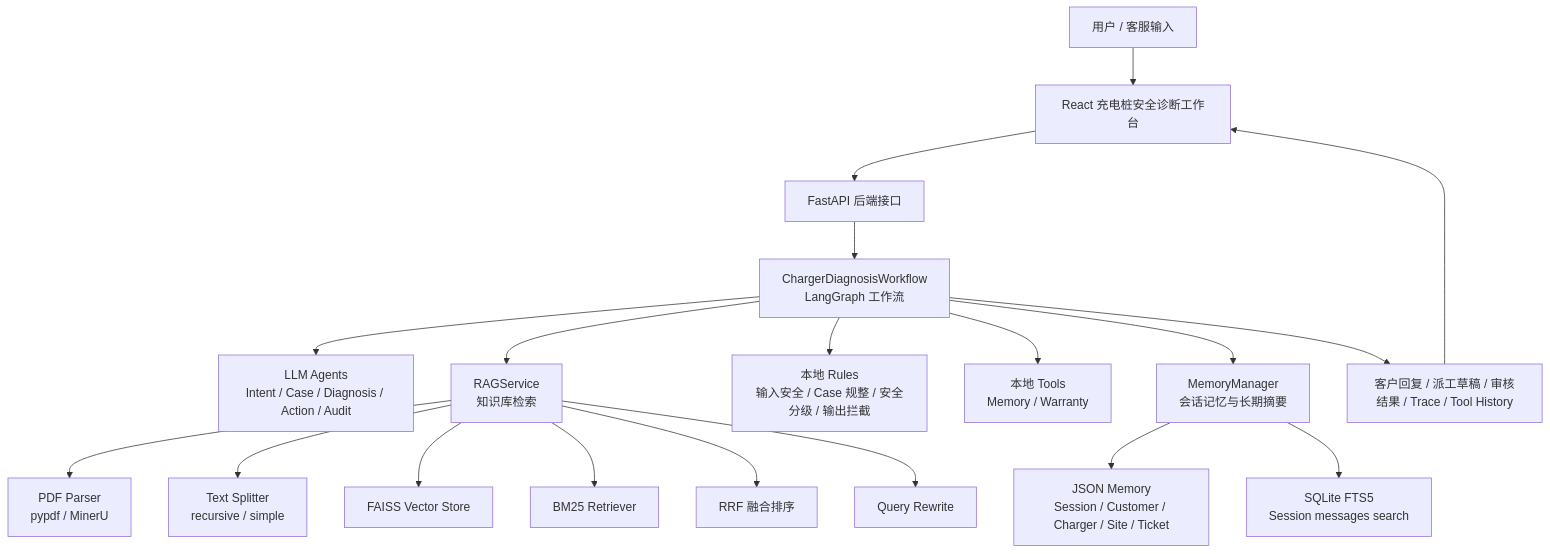
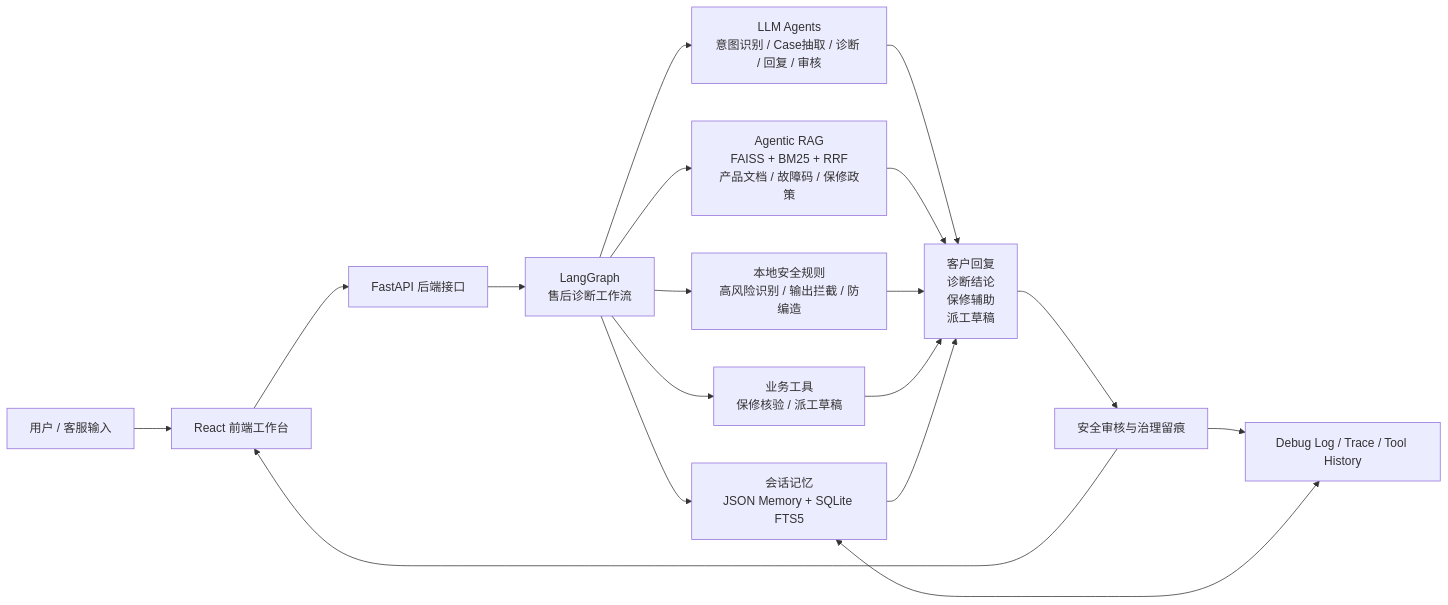
One commit to Bbb559/AfterSalesAgent changed the first of 3 diagrams in README.md. Above: the diagram before and after it, drawn with Mermaid.

Commit message:
docs: update architecture diagram in README.md

````diff
--- a/README.md
+++ b/README.md
@@ -50,26 +50,26 @@
 ```mermaid
-flowchart TD
-    User["用户 / 客服输入"] --> React["React 充电桩安全诊断工作台"]
-    React --> FastAPI["FastAPI 后端接口"]
+flowchart LR
+    User["用户 / 客服输入"] --> FE["React 前端工作台"]
 
-    FastAPI --> Workflow["ChargerDiagnosisWorkflow<br/>LangGraph 工作流"]
+    FE --> API["FastAPI 后端接口"]
 
-    Workflow --> Agents["LLM Agents<br/>Intent / Case / Diagnosis / Action / Audit"]
-    Workflow --> RAG["RAGService<br/>知识库检索"]
-    Workflow --> Rules["本地 Rules<br/>输入安全 / Case 规整 / 安全分级 / 输出拦截"]
-    Workflow --> Tools["本地 Tools<br/>Memory / Warranty"]
-    Workflow --> Memory["MemoryManager<br/>会话记忆与长期摘要"]
+    API --> WF["LangGraph<br/>售后诊断工作流"]
 
-    RAG --> Parser["PDF Parser<br/>pypdf / MinerU"]
-    RAG --> Splitter["Text Splitter<br/>recursive / simple"]
-    RAG --> Vector["FAISS Vector Store"]
-    RAG --> BM25["BM25 Retriever"]
-    RAG --> RRF["RRF 融合排序"]
-    RAG --> QueryRewrite["Query Rewrite"]
+    WF --> LLM["LLM Agents<br/>意图识别 / Case抽取 / 诊断 / 回复 / 审核"]
+    WF --> RAG["Agentic RAG<br/>FAISS + BM25 + RRF<br/>产品文档 / 故障码 / 保修政策"]
+    WF --> Rules["本地安全规则<br/>高风险识别 / 输出拦截 / 防编造"]
+    WF --> Tools["业务工具<br/>保修核验 / 派工草稿"]
+    WF --> Memory["会话记忆<br/>JSON Memory + SQLite FTS5"]
 
-    Memory --> JsonMemory["JSON Memory<br/>Session / Customer / Charger / Site / Ticket"]
-    Memory --> SQLiteFTS["SQLite FTS5<br/>Session messages search"]
+    LLM --> Result["客户回复<br/>诊断结论<br/>保修辅助<br/>派工草稿"]
+    RAG --> Result
+    Rules --> Result
+    Tools --> Result
+    Memory --> Result
 
-    Workflow --> Result["客户回复 / 派工草稿 / 审核结果 / Trace / Tool History"]
-    Result --> React
+    Result --> Audit["安全审核与治理留痕"]
+    Audit --> FE
+
+    Audit --> Log["Debug Log / Trace / Tool History"]
+    Memory <--> Log
 ```
````
